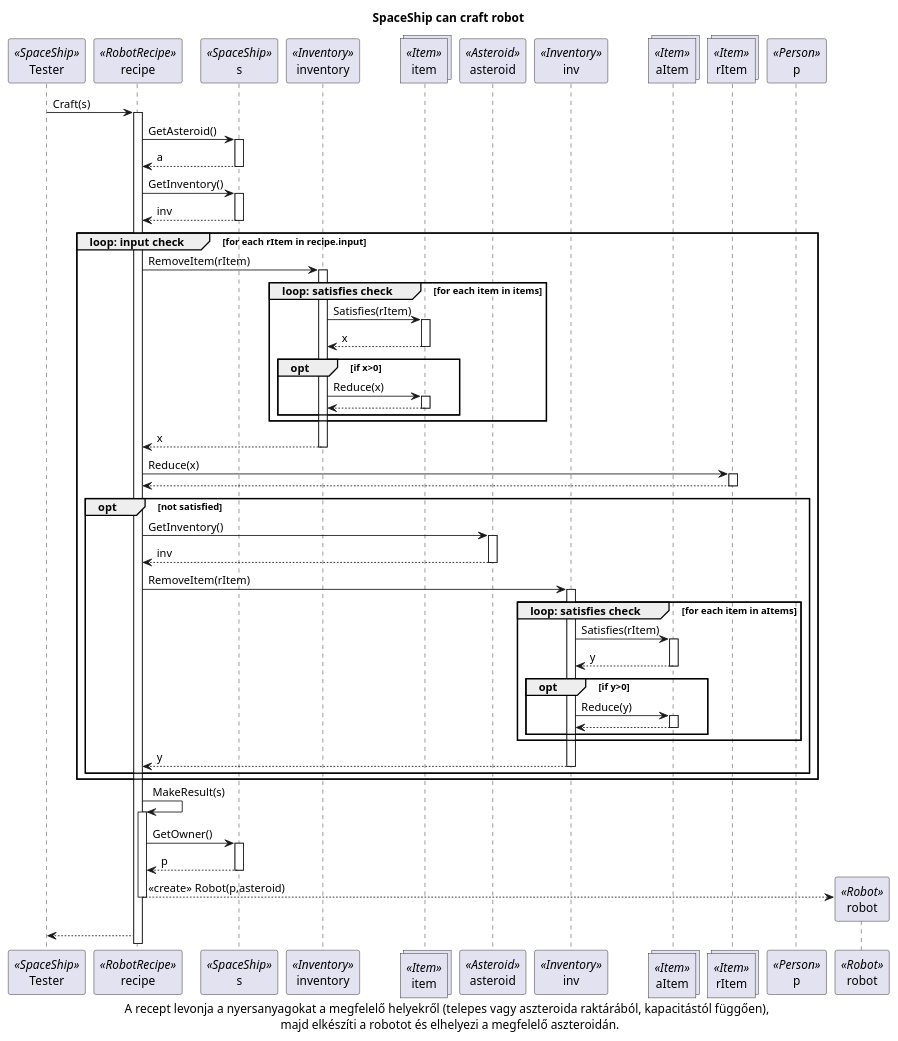
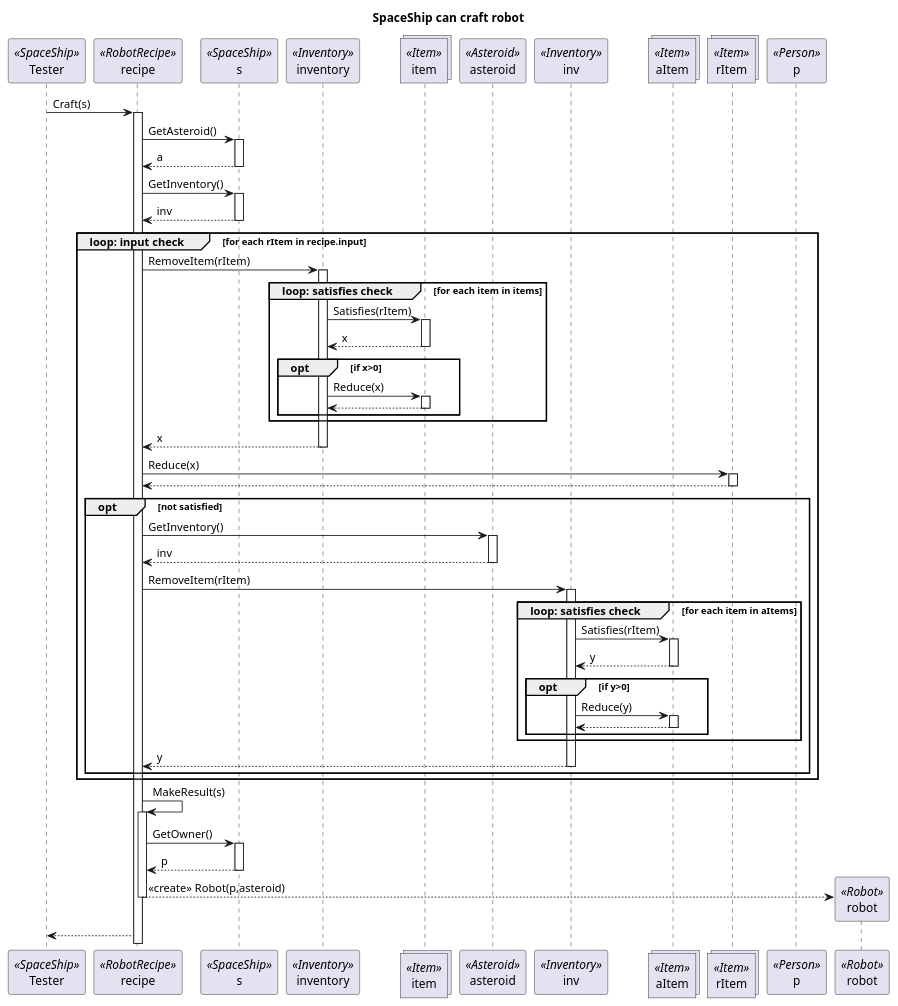
Before and after one commit to viseguard-studios/Documentation: the diagram in docs/Skeleton/diagrams/Craft_robot/sequence/3.Craft_Robot.puml, drawn with PlantUML. The commit also changed 9 other files, not shown here.

Commit message:
uml description

```diff
--- a/docs/Skeleton/diagrams/Craft_robot/sequence/3.Craft_Robot.puml
+++ b/docs/Skeleton/diagrams/Craft_robot/sequence/3.Craft_Robot.puml
@@ -1,70 +1,69 @@
 @startuml
 participant Tester as Tester<<SpaceShip>>
 participant recipe as recipe <<RobotRecipe>>
 participant s as s <<SpaceShip>>
 participant inventory as inventory <<Inventory>>
 collections item as item <<Item>>
 participant asteroid as asteroid <<Asteroid>>
 participant inv as inv <<Inventory>>
 collections aItem as aItem <<Item>>
 collections rItem as rItem <<Item>>
 participant p as p <<Person>>
 participant robot as robot <<Robot>>
 
 title SpaceShip can craft robot
 
 Tester-> recipe++: Craft(s)
 
 recipe -> s++: GetAsteroid()
 s --> recipe--: a
 
 recipe -> s++: GetInventory()
 s --> recipe--: inv
 
 group loop: input check[for each rItem in recipe.input]
 
     recipe -> inventory++: RemoveItem(rItem)
 
     group loop: satisfies check [for each item in items] 
          inventory -> item++: Satisfies(rItem)
          item --> inventory--: x
         group opt [if x>0]
             inventory -> item++: Reduce(x)
             item --> inventory--:
         end
     end
 
     inventory-->recipe--: x
 
     recipe -> rItem++: Reduce(x)
     rItem --> recipe--: 
 
     group opt [not satisfied]
         recipe -> asteroid++: GetInventory()
         asteroid --> recipe--: inv
 
         recipe -> inv++: RemoveItem(rItem)
 
             group loop: satisfies check [for each item in aItems] 
                  inv -> aItem++: Satisfies(rItem)
                  aItem --> inv--: y
                 group opt [if y>0]
                       inv -> aItem++: Reduce(y)
                       aItem --> inv--:
                  end
            end
         inv--> recipe--: y
     end
 end
 recipe -> recipe++: MakeResult(s)
 recipe -> s++: GetOwner()
 
 s--> recipe--: p
 
 create robot
 recipe --> robot--: <<create>> Robot(p,asteroid)
 
 recipe --> Tester: 
-
-caption A recept levonja a nyersanyagokat a megfelelő helyekről (telepes vagy aszteroida raktárából, kapacitástól függően), \n majd elkészíti a robotot és elhelyezi a megfelelő aszteroidán. 
+ 
 @enduml
```
